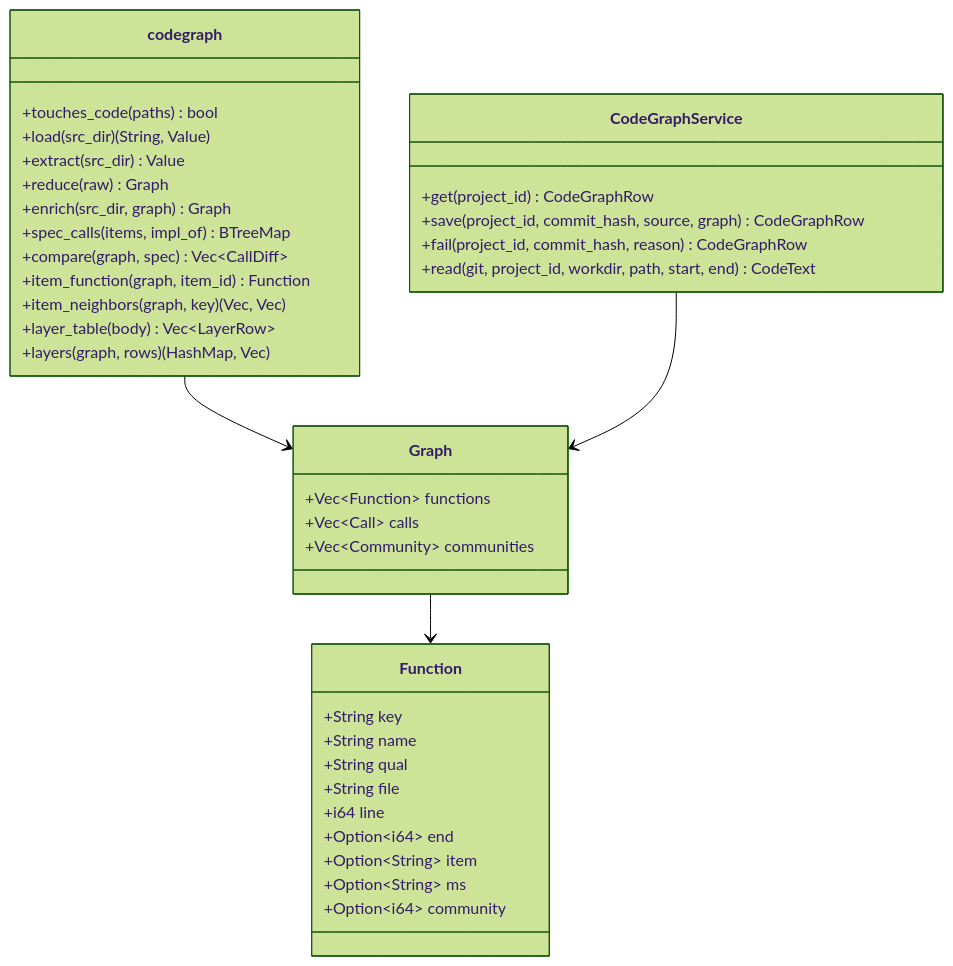
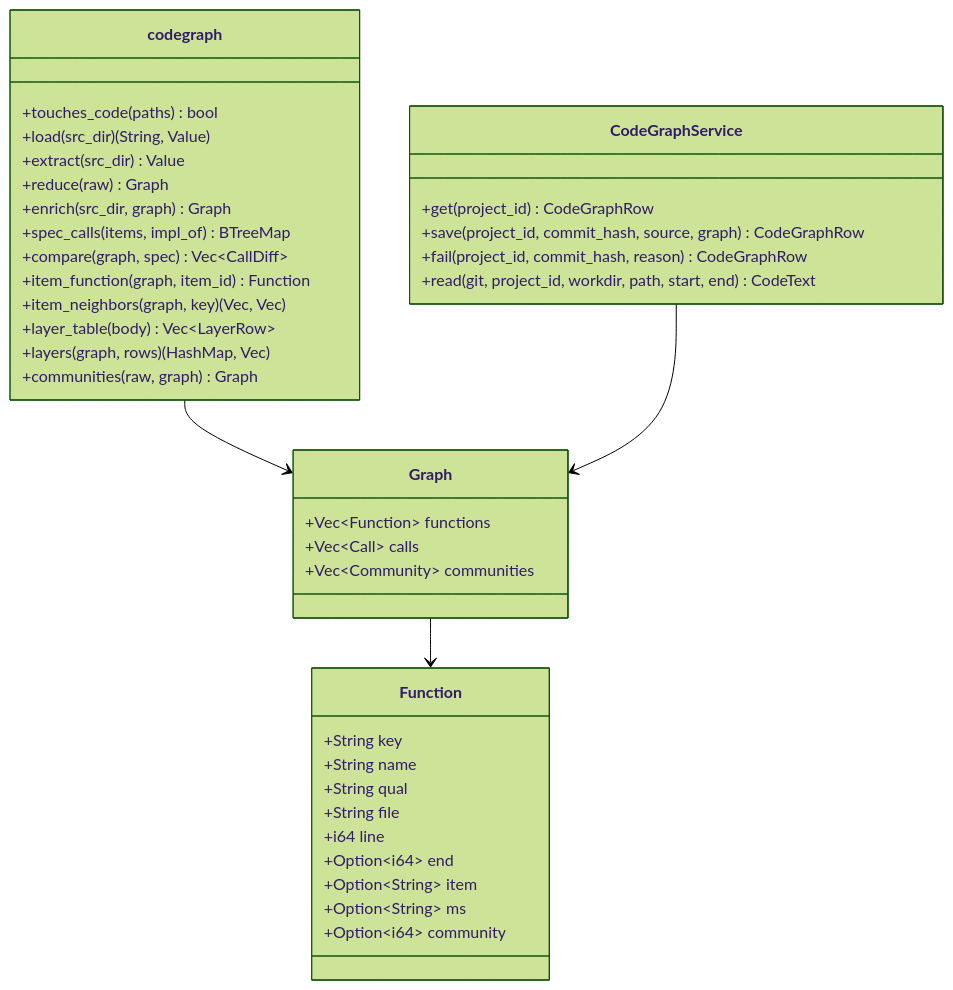
Before and after one commit to HoyoungParkme/syncdoc: the seventh of 7 diagrams in docs/specs/06-DOM/SYNC-DOM-004.md, drawn with Mermaid (forest theme). The commit also changed other lines of this file and 2 other files, not shown here.

First line of the commit message:
spec(SYNC-CODE-002): 카드 L13 표 — graphrs 대신 networkx Louvain을 옮겨 바이트까지

````diff
--- a/docs/specs/06-DOM/SYNC-DOM-004.md
+++ b/docs/specs/06-DOM/SYNC-DOM-004.md
@@ -712,41 +716,42 @@
 ```mermaid
 classDiagram
     class codegraph {
         +touches_code(paths) bool
         +load(src_dir) (String, Value)
         +extract(src_dir) Value
         +reduce(raw) Graph
         +enrich(src_dir, graph) Graph
         +spec_calls(items, impl_of) BTreeMap
         +compare(graph, spec) Vec~CallDiff~
         +item_function(graph, item_id) Function
         +item_neighbors(graph, key) (Vec, Vec)
         +layer_table(body) Vec~LayerRow~
         +layers(graph, rows) (HashMap, Vec)
+        +communities(raw, graph) Graph
     }
     class Graph {
         +Vec~Function~ functions
         +Vec~Call~ calls
         +Vec~Community~ communities
     }
     class Function {
         +String key
         +String name
         +String qual
         +String file
         +i64 line
         +Option~i64~ end
         +Option~String~ item
         +Option~String~ ms
         +Option~i64~ community
     }
     class CodeGraphService {
         +get(project_id) CodeGraphRow
         +save(project_id, commit_hash, source, graph) CodeGraphRow
         +fail(project_id, commit_hash, reason) CodeGraphRow
         +read(git, project_id, workdir, path, start, end) CodeText
     }
     codegraph --> Graph
     Graph --> Function
     CodeGraphService --> Graph
 ```
````
